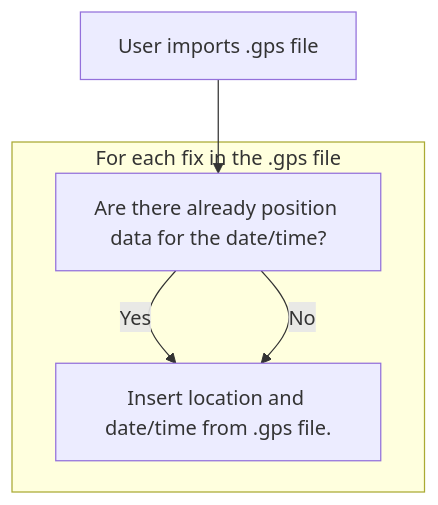
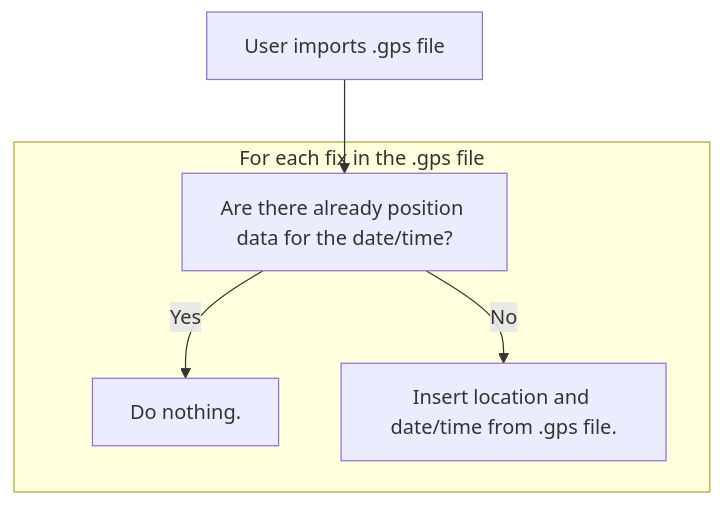
One commit to afsc-gap-products/navmaps changed the second of 2 diagrams in assets/changing_event_time.md. Above: the diagram before and after it, drawn with Mermaid.

Commit message:
Fix flowchart

````diff
--- a/assets/changing_event_time.md
+++ b/assets/changing_event_time.md
@@ -20,8 +20,8 @@
 ``` mermaid
 graph TD
   A["User imports .gps file"]-->B["Are there already position data for the date/time?"]
   subgraph For each fix in the .gps file
     B["Are there already position data for the date/time?"]--> |Yes| C["Do nothing."]
-    B["Are there already position data for the date/time?"]--> |No| C["Insert location and date/time from .gps file."]
+    B["Are there already position data for the date/time?"]--> |No| D["Insert location and date/time from .gps file."]
   end
 ```
````
